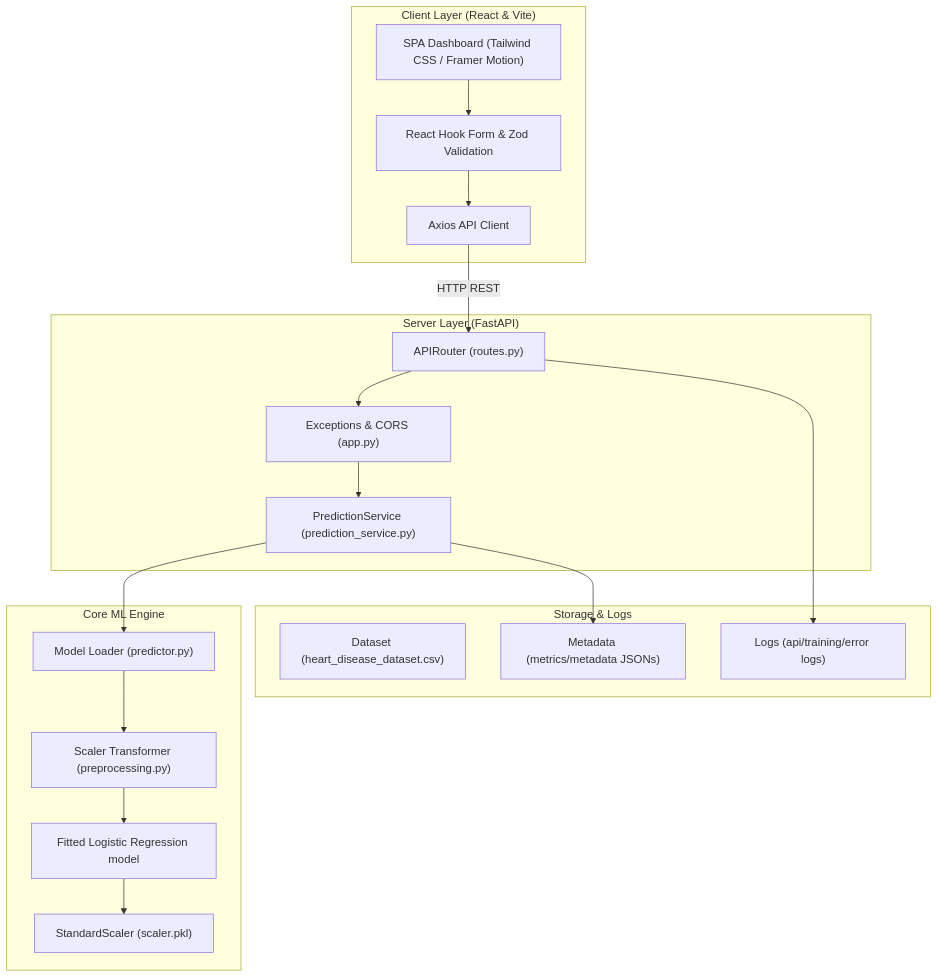
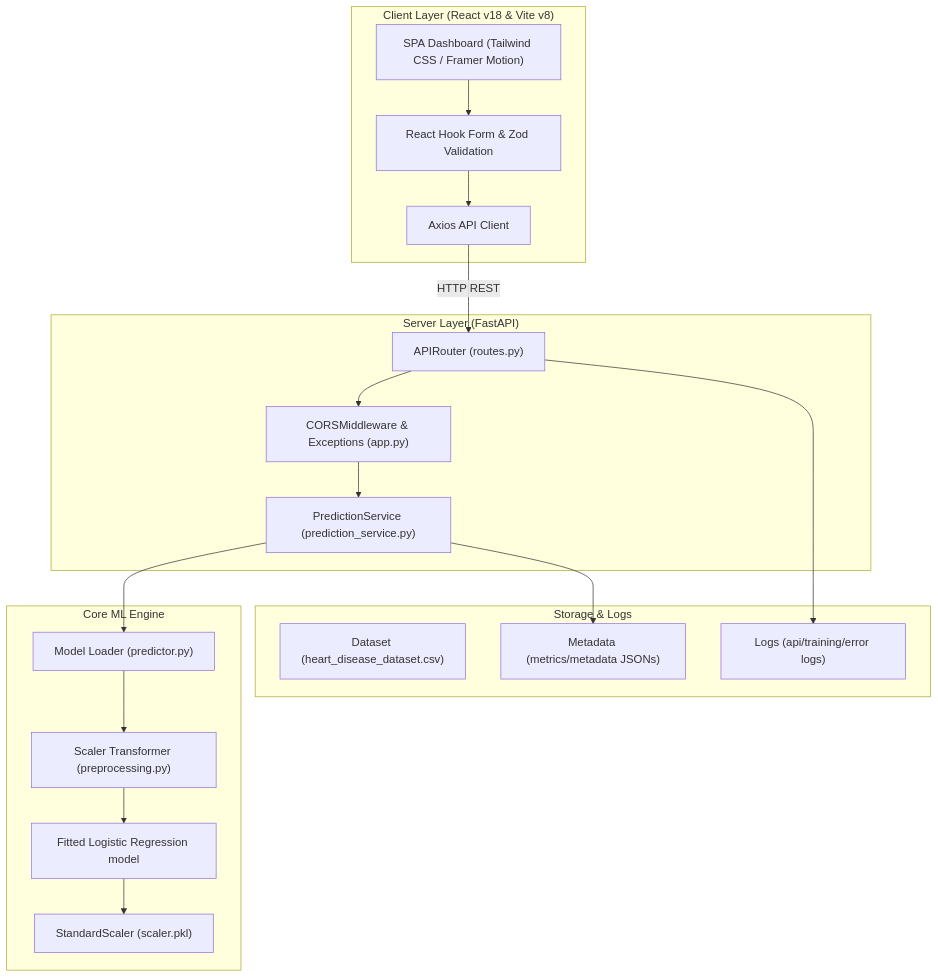
The diagram in README.md (sumedhwahurwagh1/CardioPulse), drawn with Mermaid before and after one commit. The commit also changed other lines of this file and 5 other files, not shown here.

````diff
--- a/README.md
+++ b/README.md
@@ -12,39 +29,39 @@
 ```mermaid
 graph TD
-    subgraph Client ["Client Layer (React & Vite)"]
+    subgraph Client ["Client Layer (React v18 & Vite v8)"]
         UI["SPA Dashboard (Tailwind CSS / Framer Motion)"]
         RHF["React Hook Form & Zod Validation"]
         Axios["Axios API Client"]
     end
 
     subgraph API ["Server Layer (FastAPI)"]
         Routes["APIRouter (routes.py)"]
-        Middleware["Exceptions & CORS (app.py)"]
+        Middleware["CORSMiddleware & Exceptions (app.py)"]
         Service["PredictionService (prediction_service.py)"]
     end
 
     subgraph ML ["Core ML Engine"]
         Loader["Model Loader (predictor.py)"]
         Preprocessor["Scaler Transformer (preprocessing.py)"]
         Model["Fitted Logistic Regression model"]
         Scaler["StandardScaler (scaler.pkl)"]
     end
 
     subgraph Data ["Storage & Logs"]
         CSV["Dataset (heart_disease_dataset.csv)"]
         JSON["Metadata (metrics/metadata JSONs)"]
         Logs["Logs (api/training/error logs)"]
     end
 
     UI --> RHF
     RHF --> Axios
     Axios -- HTTP REST --> Routes
     Routes --> Middleware
     Middleware --> Service
     Service --> Loader
     Loader --> Preprocessor
     Preprocessor --> Model
     Model --> Scaler
     Service --> JSON
     Routes --> Logs
 ```
````
